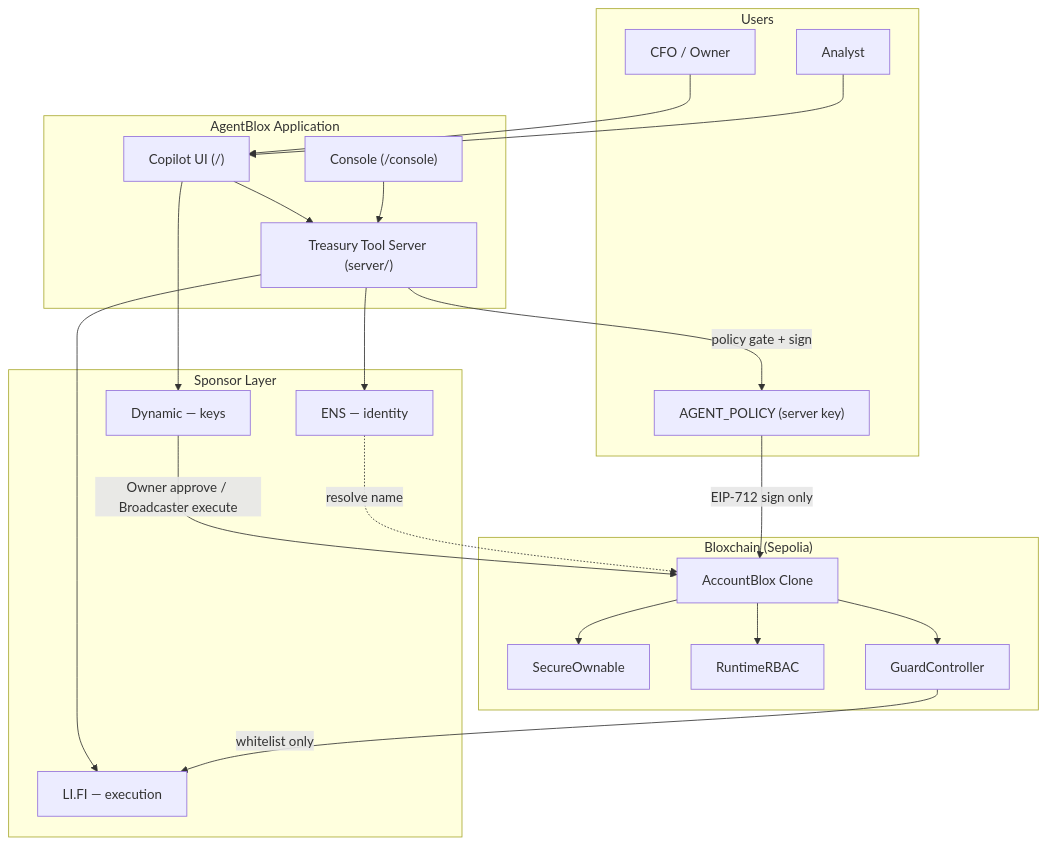
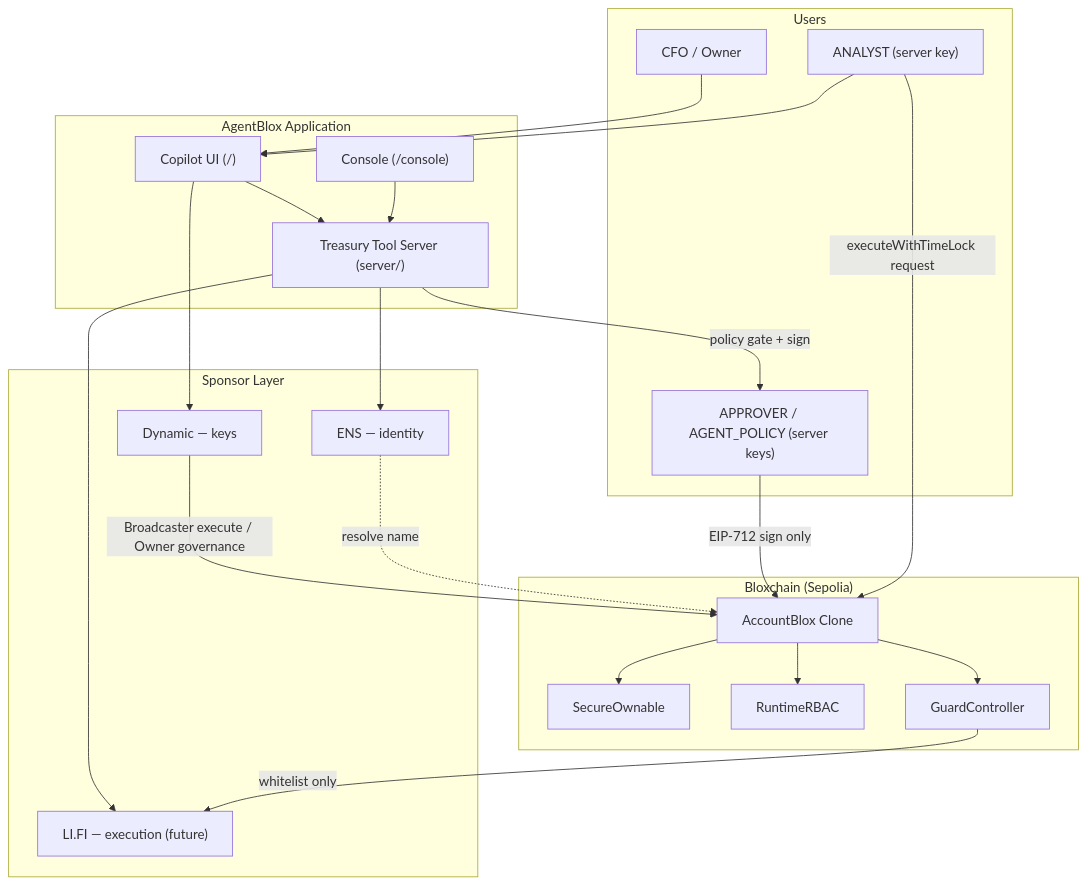
One commit to PracticalParticle/AgentBlox changed the diagram in docs/architecture.md. Above: the diagram before and after it, drawn with Mermaid. The commit also changed 32 other files, not shown here.

First line of the commit message:
Update environment configuration and documentation for ANALYST and APPROVER roles

````diff
--- a/docs/architecture.md
+++ b/docs/architecture.md
@@ -18,43 +18,44 @@
 ```mermaid
 flowchart TB
     subgraph Users["Users"]
         CFO["CFO / Owner"]
-        Analyst["Analyst"]
-        Policy["AGENT_POLICY (server key)"]
+        Policy["APPROVER / AGENT_POLICY (server keys)"]
+        Analyst["ANALYST (server key)"]
     end
 
     subgraph AgentBloxApp["AgentBlox Application"]
         Copilot["Copilot UI (/)"]
         Console["Console (/console)"]
         ToolServer["Treasury Tool Server (server/)"]
     end
 
     subgraph Sponsors["Sponsor Layer"]
         DYN["Dynamic — keys"]
         ENS["ENS — identity"]
-        LIFI["LI.FI — execution"]
+        LIFI["LI.FI — execution (future)"]
     end
 
     subgraph BloxchainLayer["Bloxchain (Sepolia)"]
         AB["AccountBlox Clone"]
         SO["SecureOwnable"]
         RBAC["RuntimeRBAC"]
         GC["GuardController"]
     end
 
     CFO --> Copilot
     Analyst --> Copilot
     Copilot --> ToolServer
     Console --> ToolServer
     ToolServer -->|"policy gate + sign"| Policy
     ToolServer --> LIFI
     Copilot --> DYN
     ToolServer --> ENS
-    DYN -->|"Owner approve / Broadcaster execute"| AB
+    DYN -->|"Broadcaster execute / Owner governance"| AB
     Policy -->|"EIP-712 sign only"| AB
+    Analyst -->|"executeWithTimeLock request"| AB
     AB --> SO
     AB --> RBAC
     AB --> GC
     GC -->|"whitelist only"| LIFI
     ENS -.->|"resolve name"| AB
 ```
````
